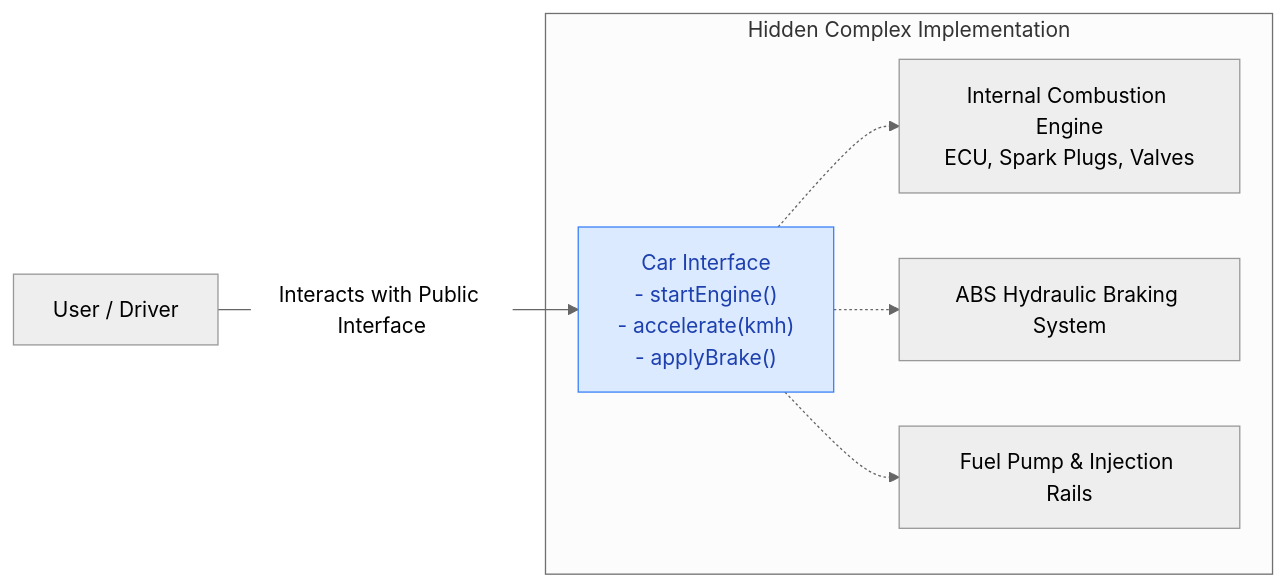
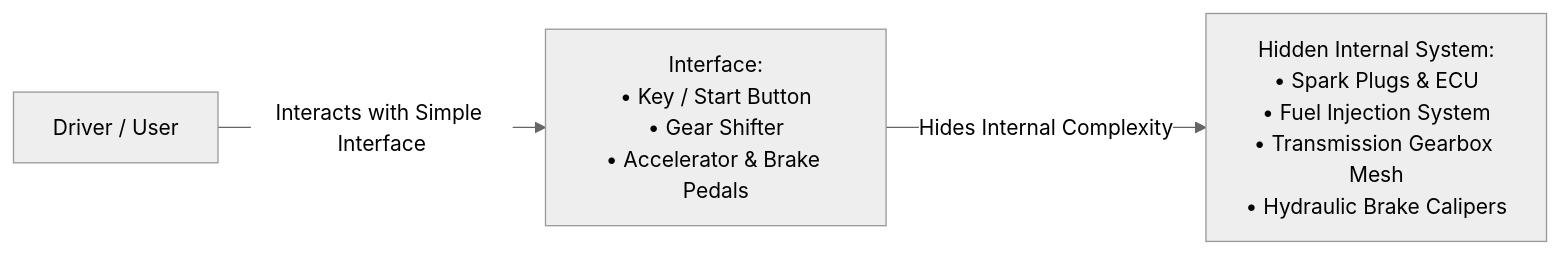
One commit to rohithgowda18/Notes changed the first of 2 diagrams in 04-OOPs-and-Design-Patterns/01-Core-OOPs-and-UML/02-OOPs-Real-World-Examples-Abstraction-Encapsulation.md. Above: the diagram before and after it, drawn with Mermaid (neutral theme). The commit also changed other lines of this file and 30 other files, not shown here.

````diff
--- a/04-OOPs-and-Design-Patterns/01-Core-OOPs-and-UML/02-OOPs-Real-World-Examples-Abstraction-Encapsulation.md
+++ b/04-OOPs-and-Design-Patterns/01-Core-OOPs-and-UML/02-OOPs-Real-World-Examples-Abstraction-Encapsulation.md
@@ -89,12 +89,5 @@
 ```mermaid
 graph LR
-    Driver[User / Driver] -->|Interacts with Public Interface| Abstraction["Car Interface<br/>- startEngine()<br/>- accelerate(kmh)<br/>- applyBrake()"]
-    
-    subgraph "Hidden Complex Implementation"
-        Abstraction -.-> Engine["Internal Combustion Engine<br/>ECU, Spark Plugs, Valves"]
-        Abstraction -.-> Hydraulics["ABS Hydraulic Braking System"]
-        Abstraction -.-> Fuel["Fuel Pump & Injection Rails"]
-    end
-    
-    style Abstraction fill:#dbeafe,stroke:#3b82f6,color:#1e40af
+    User[Driver / User] -->|Interacts with Simple Interface| Pedals["Interface:<br/>• Key / Start Button<br/>• Gear Shifter<br/>• Accelerator & Brake Pedals"]
+    Pedals -->|Hides Internal Complexity| Internal["Hidden Internal System:<br/>• Spark Plugs & ECU<br/>• Fuel Injection System<br/>• Transmission Gearbox Mesh<br/>• Hydraulic Brake Calipers"]
 ```
````
